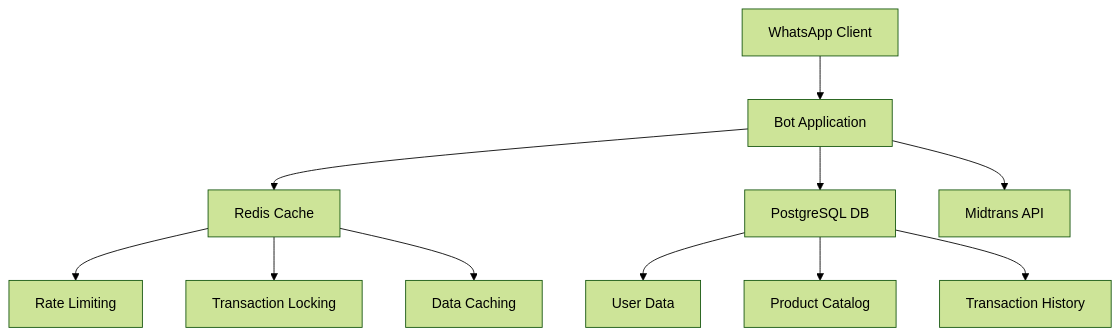
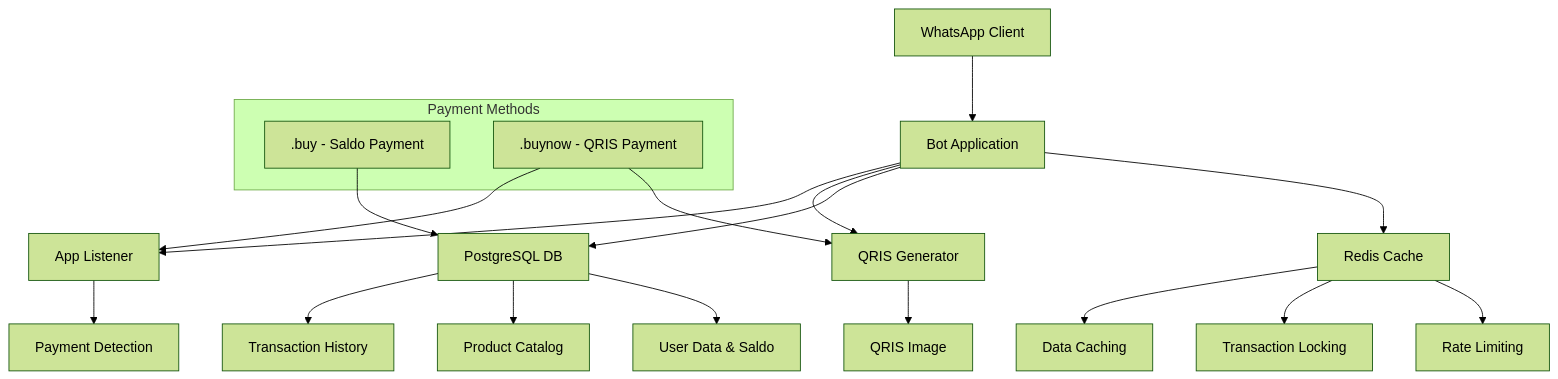
Before and after one commit to nicolaananda/bot-wa: the first of 3 diagrams in README.md, drawn with Mermaid (forest theme). The commit also changed other lines of this file, not shown here.

First line of the commit message:
📊 Add detailed payment flow diagrams

````diff
--- a/README.md
+++ b/README.md
@@ -78,15 +78,28 @@
 ```mermaid
 graph TB
     A[WhatsApp Client] --> B[Bot Application]
     B --> C[Redis Cache]
     B --> D[PostgreSQL DB]
-    B --> E[Midtrans API]
+    B --> E[QRIS Generator]
+    B --> F[App Listener]
     
-    C --> F[Rate Limiting]
-    C --> G[Transaction Locking]
-    C --> H[Data Caching]
+    C --> G[Rate Limiting]
+    C --> H[Transaction Locking]
+    C --> I[Data Caching]
     
-    D --> I[User Data]
-    D --> J[Product Catalog]
-    D --> K[Transaction History]
+    D --> J[User Data & Saldo]
+    D --> K[Product Catalog]
+    D --> L[Transaction History]
+    
+    E --> M[QRIS Image]
+    F --> N[Payment Detection]
+    
+    subgraph "Payment Methods"
+        O[.buy - Saldo Payment]
+        P[.buynow - QRIS Payment]
+    end
+    
+    O --> D
+    P --> E
+    P --> F
 ```
````
